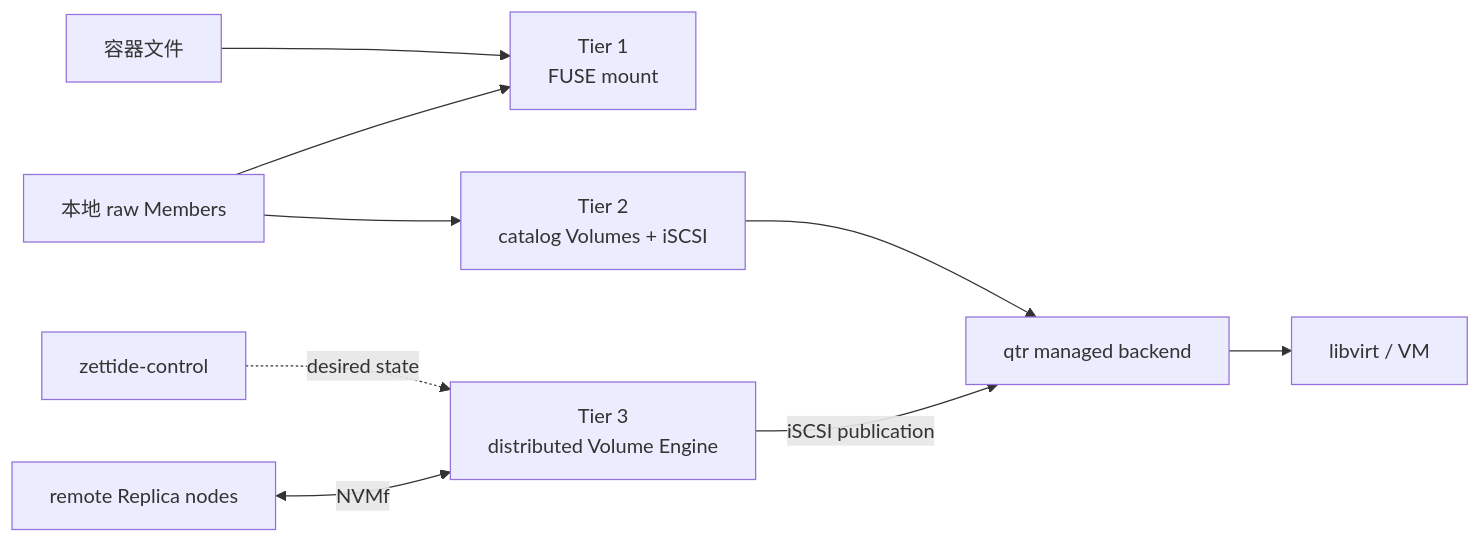
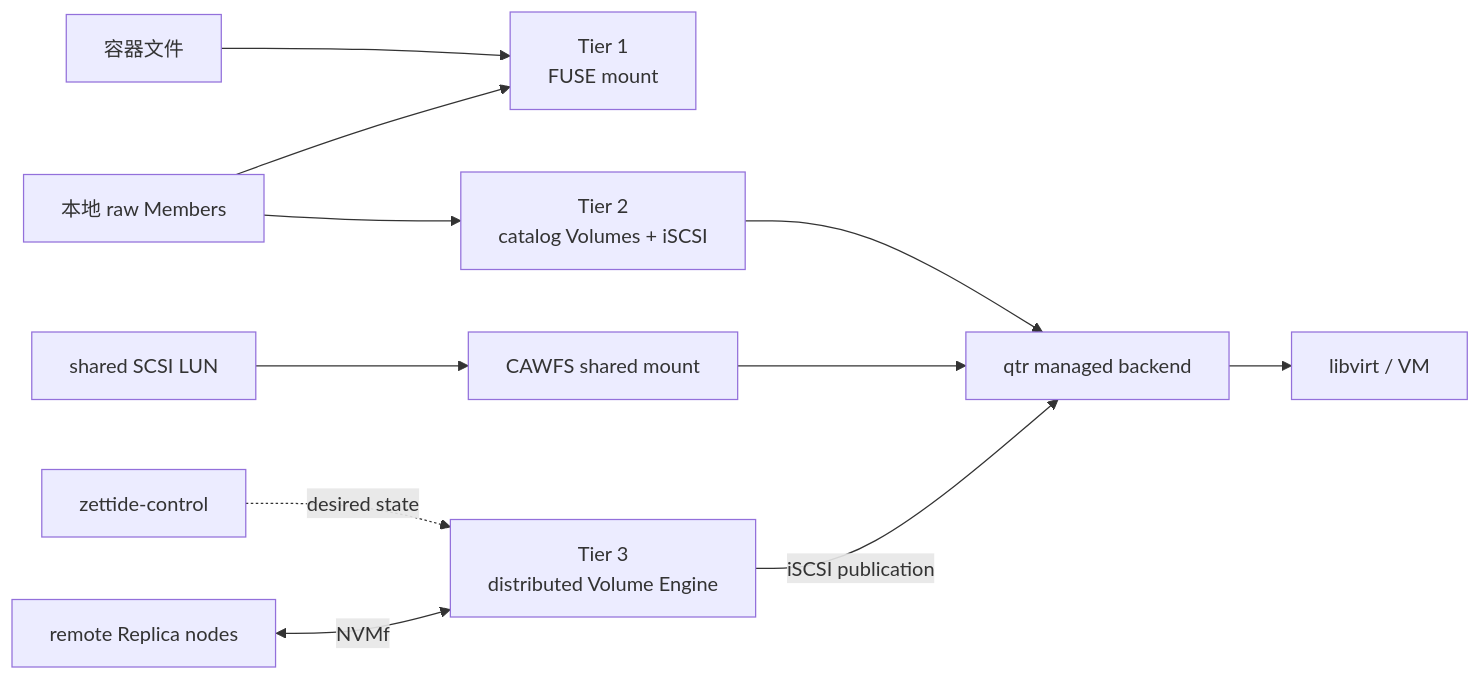
The first of 2 diagrams in docs/architecture/zh-CN/02-system-architecture.md (fanyang89/zettide-mono), drawn with Mermaid before and after one commit. The commit also changed other lines of this file and 5 other files, not shown here.

Commit message:
docs: define CAWFS shared qcow2 integration

````diff
--- a/docs/architecture/zh-CN/02-system-architecture.md
+++ b/docs/architecture/zh-CN/02-system-architecture.md
@@ -7,11 +7,13 @@
 ```mermaid
 flowchart LR
     File[容器文件] --> T1[Tier 1<br/>FUSE mount]
     Raw[本地 raw Members] --> T1
     Raw --> T2[Tier 2<br/>catalog Volumes + iSCSI]
     T2 --> Q[qtr managed backend]
     Q --> VM[libvirt / VM]
+    Shared[shared SCSI LUN] --> CAWFS[CAWFS shared mount]
+    CAWFS --> Q
     CP[zettide-control] -. desired state .-> T3[Tier 3<br/>distributed Volume Engine]
     Nodes[remote Replica nodes] <-->|NVMf| T3
     T3 -->|iSCSI publication| Q
 ```
````
